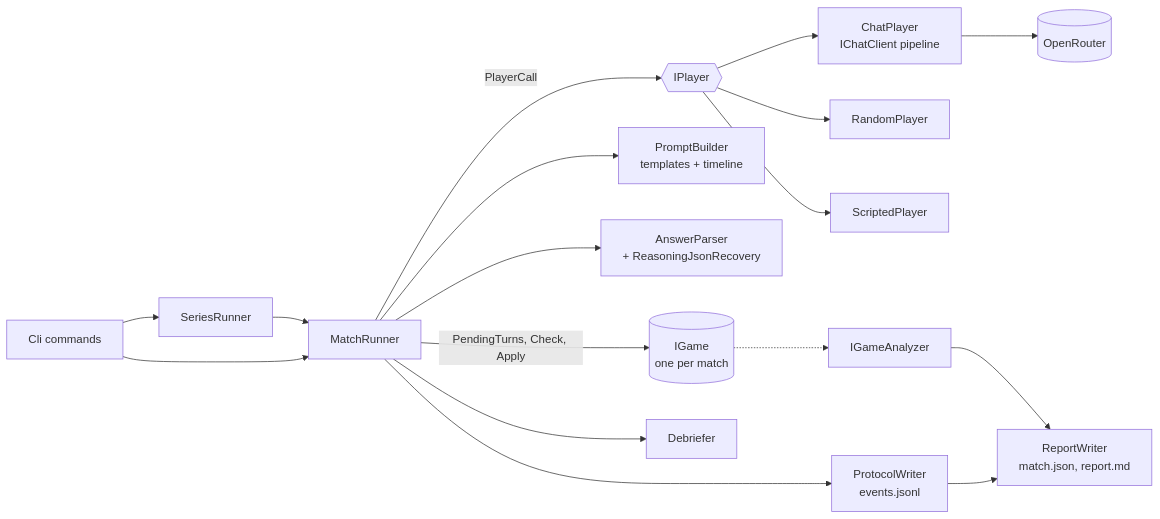
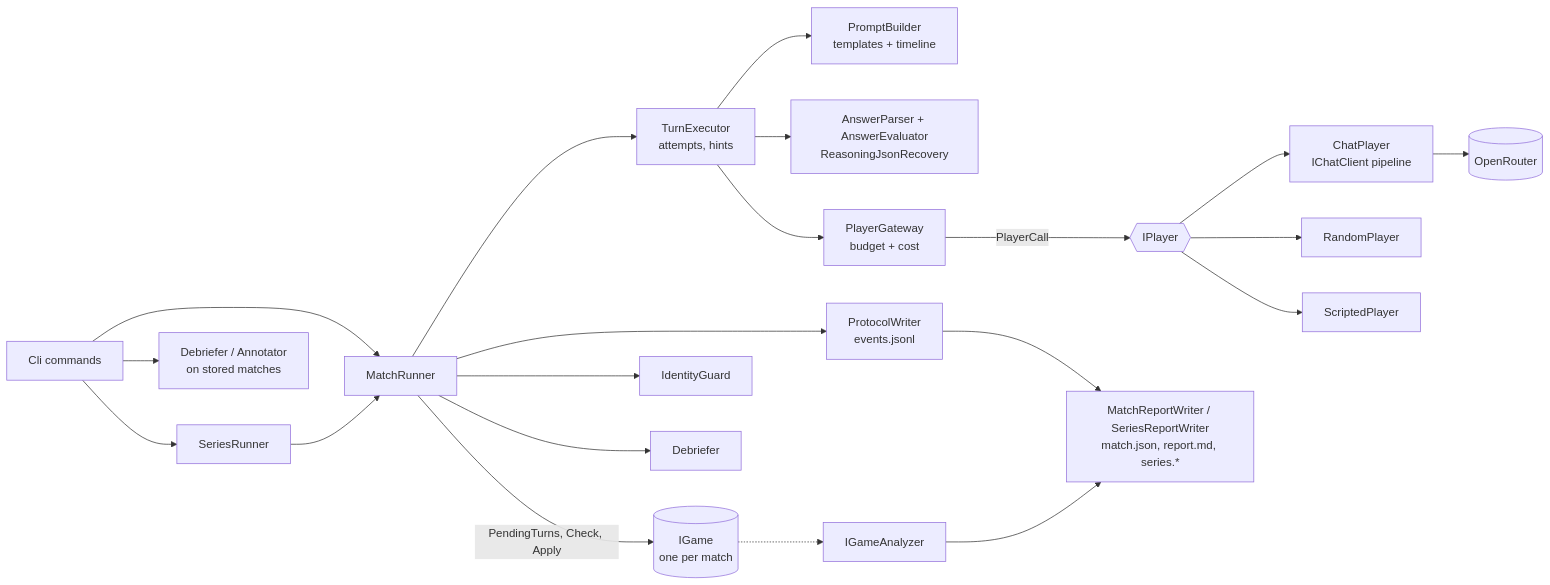
The first of 3 diagrams in docs/architecture.md (chr0mcom/LLM-Shootout), drawn with Mermaid before and after one commit. The commit also changed other lines of this file and 8 other files, not shown here.

````diff
--- a/docs/architecture.md
+++ b/docs/architecture.md
@@ -18,19 +18,23 @@
 ```mermaid
 flowchart LR
-  CLI[Cli commands] --> Runner[MatchRunner]
-  CLI --> Series[SeriesRunner]
+  CLI[Cli commands] --> Series[SeriesRunner]
+  CLI --> Runner[MatchRunner]
+  CLI --> Deb2[Debriefer / Annotator<br/>on stored matches]
   Series --> Runner
   Runner -->|PendingTurns, Check, Apply| Game[(IGame<br/>one per match)]
-  Runner --> Prompts[PromptBuilder<br/>templates + timeline]
-  Runner --> Parser[AnswerParser<br/>+ ReasoningJsonRecovery]
-  Runner -->|PlayerCall| Players{{IPlayer}}
+  Runner --> Exec[TurnExecutor<br/>attempts, hints]
+  Exec --> Prompts[PromptBuilder<br/>templates + timeline]
+  Exec --> Parser[AnswerParser + AnswerEvaluator<br/>ReasoningJsonRecovery]
+  Exec --> Gate[PlayerGateway<br/>budget + cost]
+  Gate -->|PlayerCall| Players{{IPlayer}}
   Players --> Chat[ChatPlayer<br/>IChatClient pipeline]
   Players --> Random[RandomPlayer]
   Players --> Script[ScriptedPlayer]
   Chat --> OR[(OpenRouter)]
+  Runner --> Guard[IdentityGuard]
   Runner --> Log[ProtocolWriter<br/>events.jsonl]
   Runner --> Debrief[Debriefer]
-  Log --> Report[ReportWriter<br/>match.json, report.md]
+  Log --> Report[MatchReportWriter / SeriesReportWriter<br/>match.json, report.md, series.*]
   Game -.-> Analyzer[IGameAnalyzer]
   Analyzer --> Report
 ```
````
